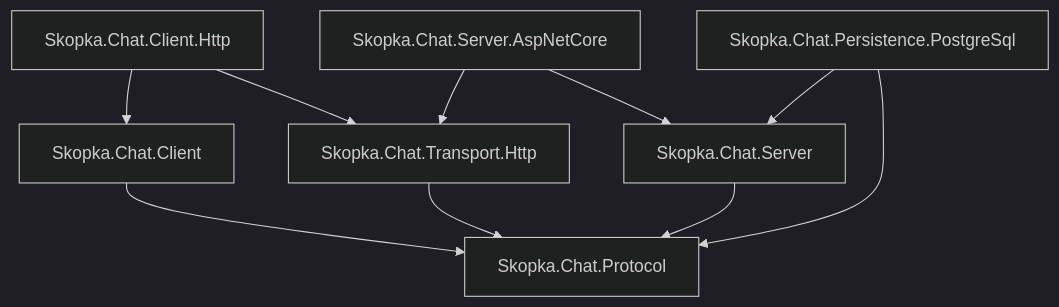
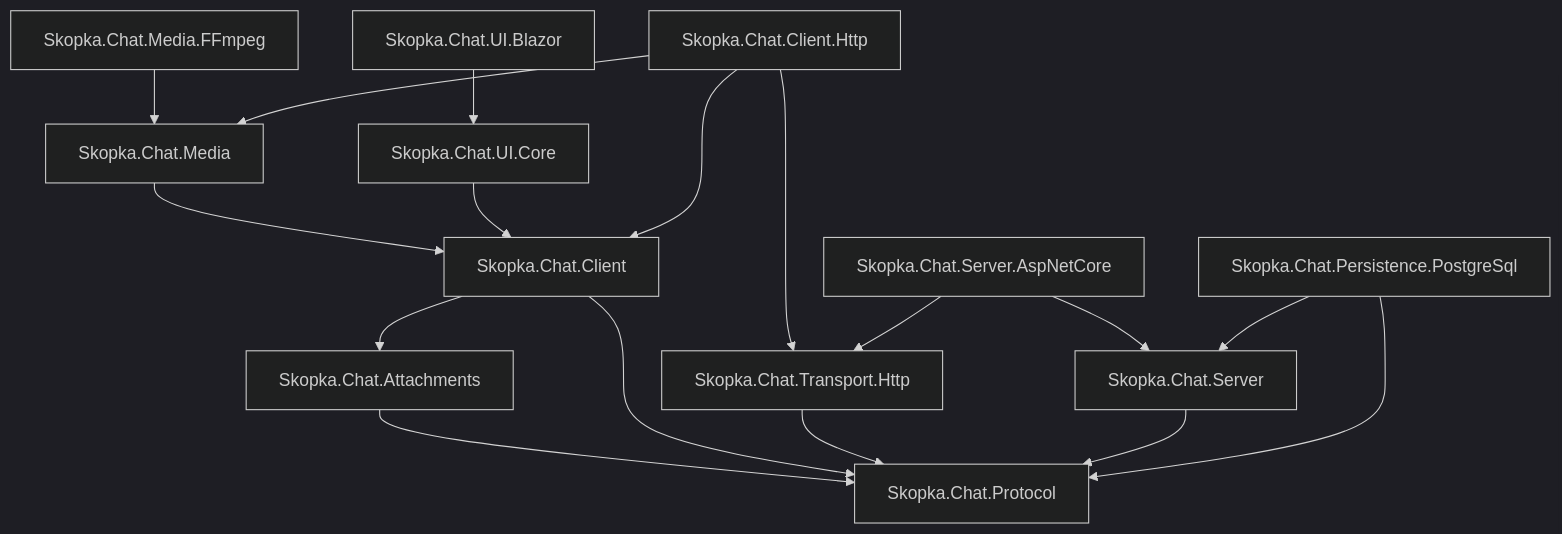
Before and after one commit to skopka/chat: the diagram in docs/development.md, drawn with Mermaid (dark theme). The commit also changed other lines of this file and 80 other files, not shown here.

Commit message:
feat: add encrypted attachments adaptable UI and media preparation

````diff
--- a/docs/development.md
+++ b/docs/development.md
@@ -16,13 +17,20 @@
 ```mermaid
 flowchart TD
     Protocol[Skopka.Chat.Protocol]
+    Attachments[Skopka.Chat.Attachments] --> Protocol
     Client[Skopka.Chat.Client] --> Protocol
+    Client --> Attachments
+    Media[Skopka.Chat.Media] --> Client
+    Ffmpeg[Skopka.Chat.Media.FFmpeg] --> Media
+    UiCore[Skopka.Chat.UI.Core] --> Client
+    UiBlazor[Skopka.Chat.UI.Blazor] --> UiCore
     HttpContract[Skopka.Chat.Transport.Http] --> Protocol
     HttpClient[Skopka.Chat.Client.Http] --> Client
+    HttpClient --> Media
     HttpClient --> HttpContract
     Server[Skopka.Chat.Server] --> Protocol
     AspNet[Skopka.Chat.Server.AspNetCore] --> Server
     AspNet --> HttpContract
     Persistence[Skopka.Chat.Persistence.PostgreSql] --> Server
     Persistence --> Protocol
 ```
````
